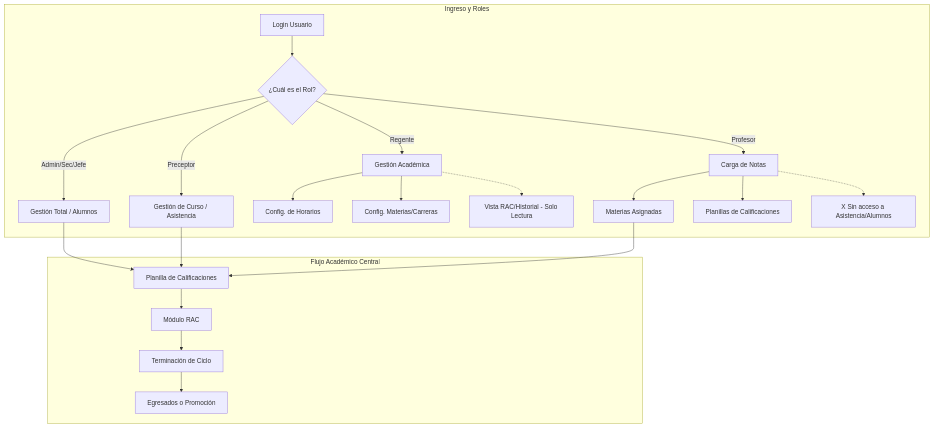
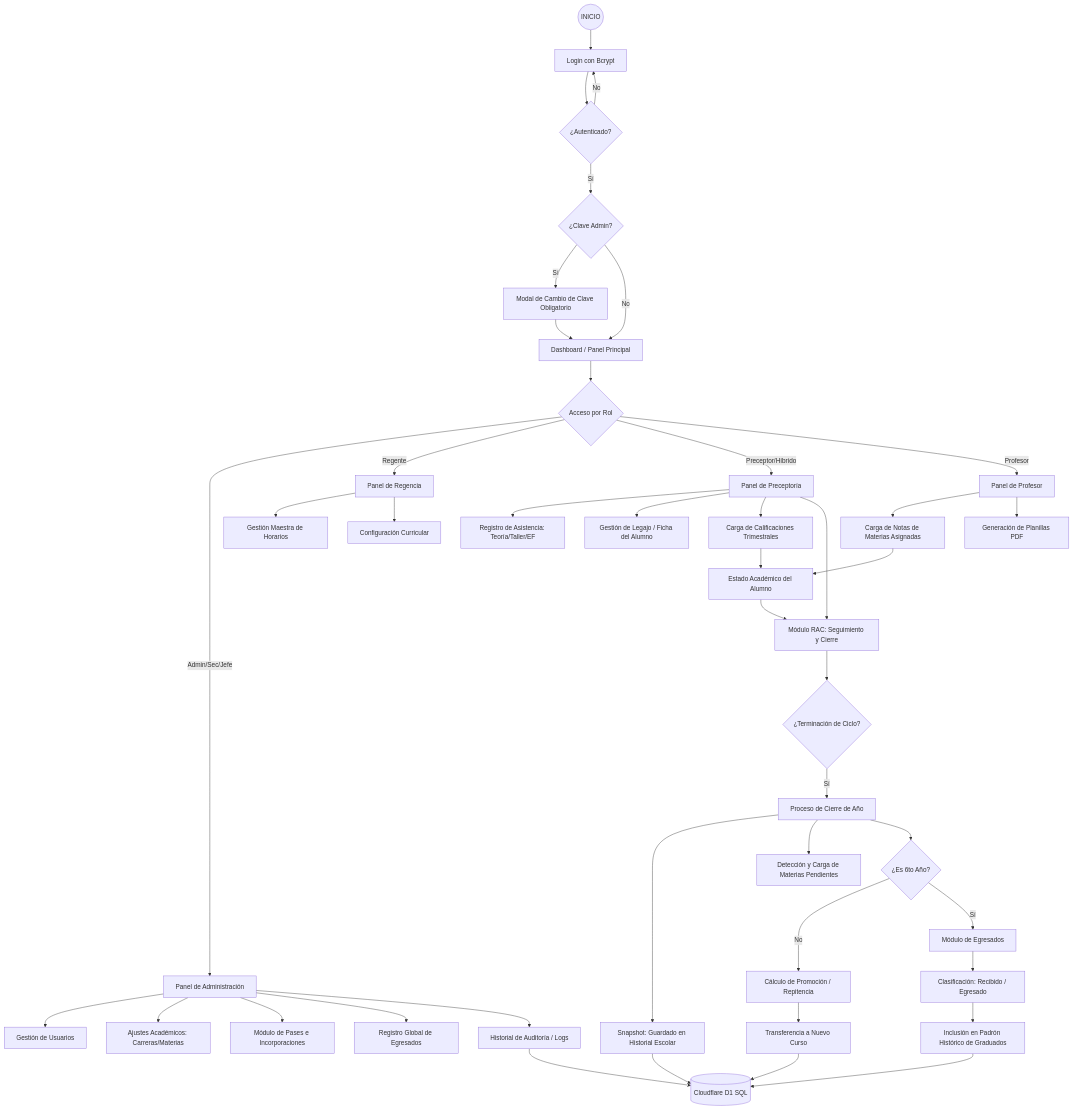
One commit to gabgall19-hash/Gestor-de-Calificaciones-en-Escuelas-Tecnicas changed the first of 2 diagrams in DIAGRAMA_SISTEMA.md. Above: the diagram before and after it, drawn with Mermaid. The commit also changed other lines of this file, not shown here.

Commit message:
Docs: Complete master end-to-end flow diagram

````diff
--- a/DIAGRAMA_SISTEMA.md
+++ b/DIAGRAMA_SISTEMA.md
@@ -11,26 +11,62 @@
 ```mermaid
 graph TD
-    subgraph "Ingreso y Roles"
-        A[Login Usuario] --> B{¿Cuál es el Rol?}
-        
-        B -- Admin/Sec/Jefe --> C[Gestión Total / Alumnos]
-        B -- Preceptor --> D[Gestión de Curso / Asistencia]
-        
-        B -- Regente --> E[Gestión Académica]
-        E --> E1[Config. de Horarios]
-        E --> E2[Config. Materias/Carreras]
-        E -.-> E3[Vista RAC/Historial - Solo Lectura]
+    %% Inicio y Seguridad
+    START((INICIO)) --> LOGIN[Login con Bcrypt]
+    LOGIN --> AUTH_CHECK{¿Autenticado?}
+    AUTH_CHECK -- No --> LOGIN
+    AUTH_CHECK -- Sí --> WELCOME{¿Clave Admin?}
+    WELCOME -- Sí --> SEC_MODAL[Modal de Cambio de Clave Obligatorio]
+    SEC_MODAL --> DASH[Dashboard / Panel Principal]
+    WELCOME -- No --> DASH
 
-        B -- Profesor --> F[Carga de Notas]
-        F --> F1[Materias Asignadas]
-        F --> F2[Planillas de Calificaciones]
-        F -.-> F3[X Sin acceso a Asistencia/Alumnos]
-    end
+    %% Segmentación por Roles
+    DASH --> ROLE_DIV{Acceso por Rol}
 
-    subgraph "Flujo Académico Central"
-        C & D & F1 --> G[Planilla de Calificaciones]
-        G --> H[Módulo RAC]
-        H --> I[Terminación de Ciclo]
-        I --> J[Egresados o Promoción]
-    end
+    %% Rama Administrativa (Admin/Secretaría/Jefe)
+    ROLE_DIV -- Admin/Sec/Jefe --> ADM[Panel de Administración]
+    ADM --> ADM_U[Gestión de Usuarios]
+    ADM --> ADM_A[Ajustes Académicos: Carreras/Materias]
+    ADM --> ADM_P[Módulo de Pases e Incorporaciones]
+    ADM --> ADM_E[Registro Global de Egresados]
+    ADM --> ADM_AUD[Historial de Auditoría / Logs]
+
+    %% Rama Regente
+    ROLE_DIV -- Regente --> REG[Panel de Regencia]
+    REG --> REG_H[Gestión Maestra de Horarios]
+    REG --> REG_M[Configuración Curricular]
+
+    %% Rama Preceptoría
+    ROLE_DIV -- Preceptor/Híbrido --> PRE[Panel de Preceptoría]
+    PRE --> PRE_AS[Registro de Asistencia: Teoría/Taller/EF]
+    PRE --> PRE_ST[Gestión de Legajo / Ficha del Alumno]
+    PRE --> PRE_GR[Carga de Calificaciones Trimestrales]
+    PRE --> PRE_RAC[Módulo RAC: Seguimiento y Cierre]
+
+    %% Rama Profesor
+    ROLE_DIV -- Profesor --> PROF[Panel de Profesor]
+    PROF --> PROF_GR[Carga de Notas de Materias Asignadas]
+    PROF --> PROF_REP[Generación de Planillas PDF]
+
+    %% Flujo Académico Central y Cierre
+    PRE_GR & PROF_GR --> ACAD_STATE[Estado Académico del Alumno]
+    ACAD_STATE --> PRE_RAC
+    PRE_RAC --> END_CYCLE{¿Terminación de Ciclo?}
+    
+    END_CYCLE -- Sí --> CYCLE_PROC[Proceso de Cierre de Año]
+    CYCLE_PROC --> HIST[Snapshot: Guardado en Historial Escolar]
+    CYCLE_PROC --> PREVIAS[Detección y Carga de Materias Pendientes]
+    
+    %% Ramificación Final
+    CYCLE_PROC --> GRAD_CHECK{¿Es 6to Año?}
+    GRAD_CHECK -- No --> PROM[Cálculo de Promoción / Repitencia]
+    PROM --> NEW_COURSE[Transferencia a Nuevo Curso]
+    
+    GRAD_CHECK -- Sí --> GRAD_DEST[Módulo de Egresados]
+    GRAD_DEST --> GRAD_TYPE[Clasificación: Recibido / Egresado]
+    GRAD_TYPE --> GRAD_LIST[Inclusión en Padrón Histórico de Graduados]
+
+    %% Infraestructura
+    NEW_COURSE & GRAD_LIST --> DB[(Cloudflare D1 SQL)]
+    ADM_AUD --> DB
+    HIST --> DB
 ```
````
